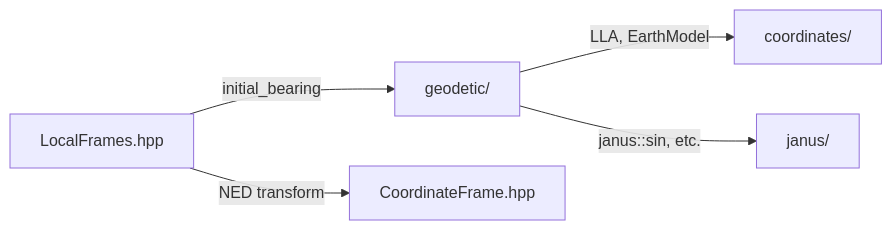
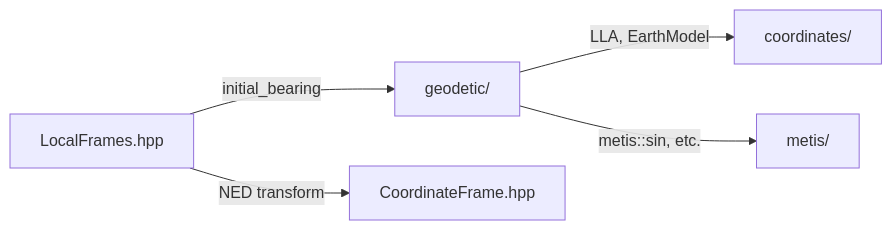
Before and after one commit to tanged123/vulcan: the diagram in docs/implementation_plans/phase12_geodetic_utilities.md, drawn with Mermaid. The commit also changed other lines of this file and 206 other files, not shown here.

Commit message:
rename: substitute janus identifiers to metis

````diff
--- a/docs/implementation_plans/phase12_geodetic_utilities.md
+++ b/docs/implementation_plans/phase12_geodetic_utilities.md
@@ -12,7 +12,7 @@
 ```mermaid
 graph LR
     Geodetic["geodetic/"] -->|LLA, EarthModel| Coordinates["coordinates/"]
-    Geodetic -->|janus::sin, etc.| Janus["janus/"]
+    Geodetic -->|metis::sin, etc.| Metis["metis/"]
     LocalFrames["LocalFrames.hpp"] -->|initial_bearing| Geodetic
     LocalFrames -->|NED transform| CoordinateFrame["CoordinateFrame.hpp"]
 ```
````
